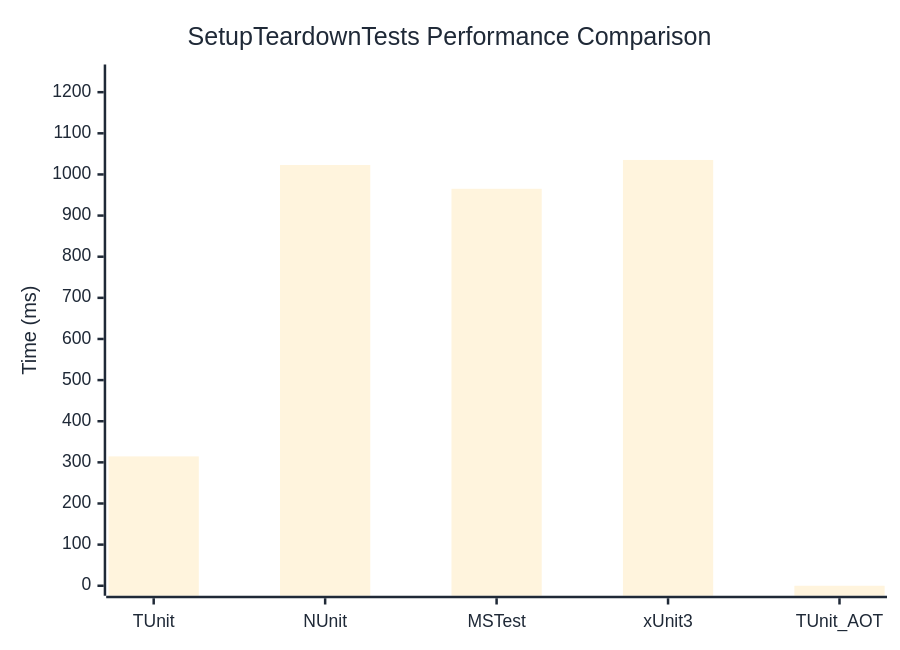
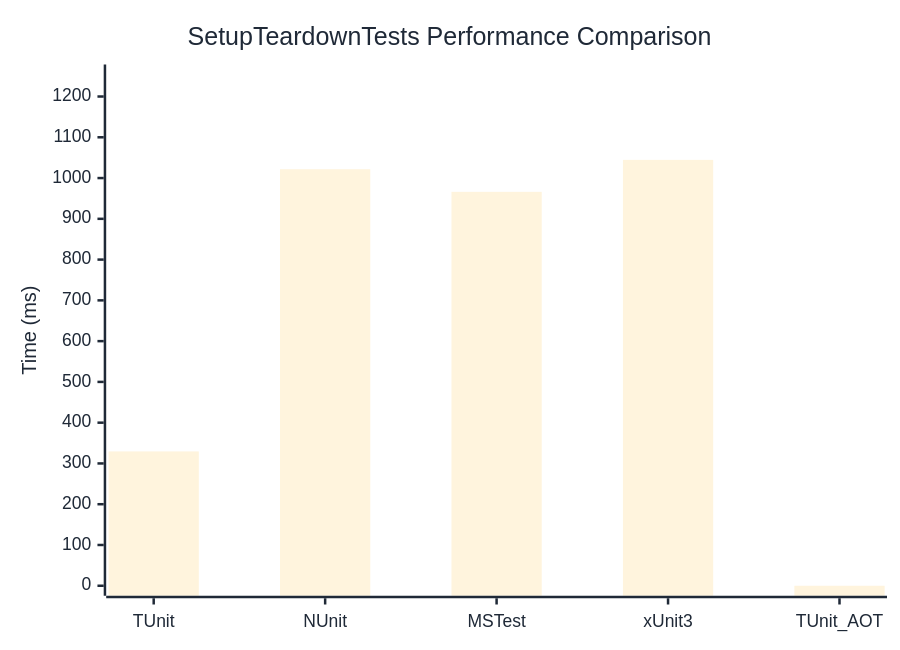
Before and after one commit to thomhurst/TUnit: the diagram in docs/docs/benchmarks/engine/SetupTeardownTests.md, drawn with Mermaid. The commit also changed other lines of this file and 17 other files, not shown here.

````diff
--- a/docs/docs/benchmarks/engine/SetupTeardownTests.md
+++ b/docs/docs/benchmarks/engine/SetupTeardownTests.md
@@ -29,37 +29,37 @@
 ```mermaid
 %%{init: {
   'theme':'base',
   'themeVariables': {
     'primaryColor': '#2563eb',
     'primaryTextColor': '#1f2937',
     'primaryBorderColor': '#1e40af',
     'lineColor': '#6b7280',
     'secondaryColor': '#7c3aed',
     'tertiaryColor': '#dc2626',
     'background': '#ffffff',
     'mainBkg': '#2563eb',
     'secondBkg': '#7c3aed',
     'tertiaryBkg': '#dc2626',
     'clusterBkg': '#f3f4f6',
     'edgeLabelBackground': '#ffffff',
     'tertiaryTextColor': '#1f2937',
     'pie1': '#2563eb',
     'pie2': '#7c3aed',
     'pie3': '#dc2626',
     'pie4': '#f59e0b',
     'pie5': '#10b981',
     'pie6': '#06b6d4',
     'pie7': '#ec4899',
     'pie8': '#6366f1',
     'pie9': '#84cc16',
     'pie10': '#f97316',
     'pie11': '#14b8a6',
     'pie12': '#a855f7'
   }
 }}%%
 xychart-beta
   title "SetupTeardownTests Performance Comparison"
   x-axis ["TUnit", "NUnit", "MSTest", "xUnit3", "TUnit_AOT"]
-  y-axis "Time (ms)" 0 --> 1243
-  bar [314.5, 1022.9, 965.1, 1035.2, 0]
+  y-axis "Time (ms)" 0 --> 1254
+  bar [329.5, 1021.7, 966.2, 1044.6, 0]
 ```
````
